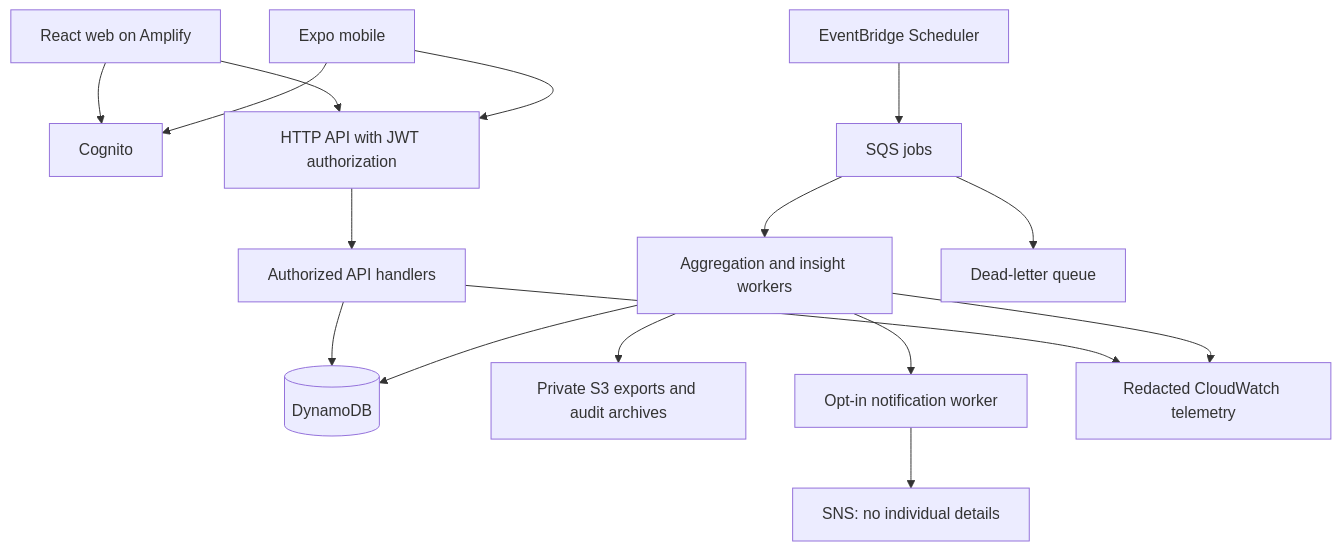
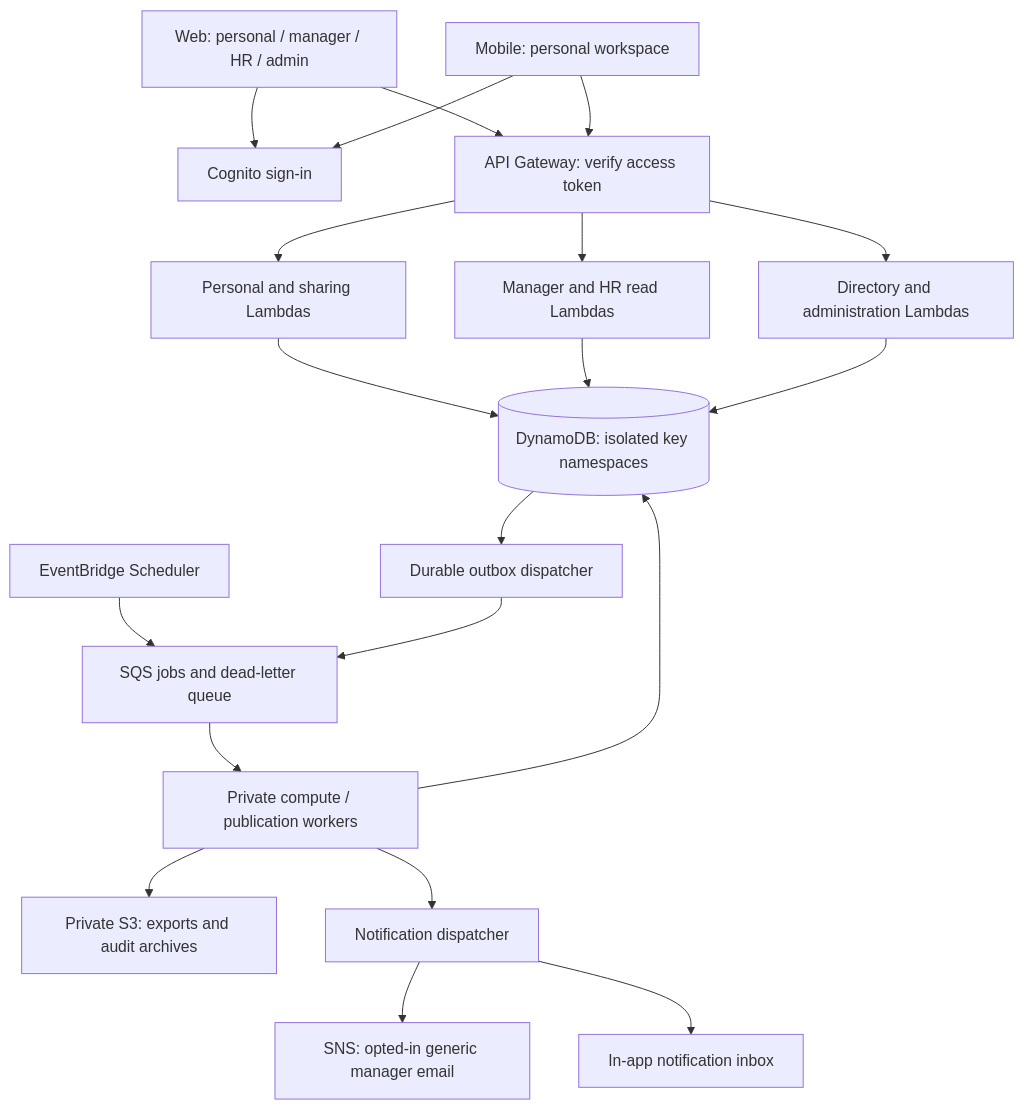
One commit to SUBHRO71/workload-balance-monitor changed the diagram in README.md. Above: the diagram before and after it, drawn with Mermaid. The commit also changed other lines of this file and 3 other files, not shown here.

Commit message:
docs: define product roles pages sharing schema and API flows

````diff
--- a/README.md
+++ b/README.md
@@ -86,18 +206,22 @@
 ```mermaid
 flowchart TD
-    Web[React web on Amplify] --> Auth[Cognito]
-    Mobile[Expo mobile] --> Auth
-    Web --> API[HTTP API with JWT authorization]
-    Mobile --> API
-    API --> Handlers[Authorized API handlers]
-    Handlers --> DB[(DynamoDB)]
-    Schedule[EventBridge Scheduler] --> Queue[SQS jobs]
-    Queue --> Workers[Aggregation and insight workers]
-    Queue --> DLQ[Dead-letter queue]
-    Workers --> DB
-    Workers --> S3[Private S3 exports and audit archives]
-    Workers --> Notify[Opt-in notification worker]
-    Notify --> SNS[SNS: no individual details]
-    Handlers --> Logs[Redacted CloudWatch telemetry]
-    Workers --> Logs
+    W[Web: personal / manager / HR / admin] --> A[Cognito sign-in]
+    M[Mobile: personal workspace] --> A
+    W --> G[API Gateway: verify access token]
+    M --> G
+    G --> P[Personal and sharing Lambdas]
+    G --> R[Manager and HR read Lambdas]
+    G --> D[Directory and administration Lambdas]
+    P --> DB[(DynamoDB: isolated key namespaces)]
+    R --> DB
+    D --> DB
+    DB --> O[Durable outbox dispatcher]
+    S[EventBridge Scheduler] --> Q[SQS jobs and dead-letter queue]
+    O --> Q
+    Q --> J[Private compute / publication workers]
+    J --> DB
+    J --> B[Private S3: exports and audit archives]
+    J --> N[Notification dispatcher]
+    N --> SNS[SNS: opted-in generic manager email]
+    N --> I[In-app notification inbox]
 ```
````
